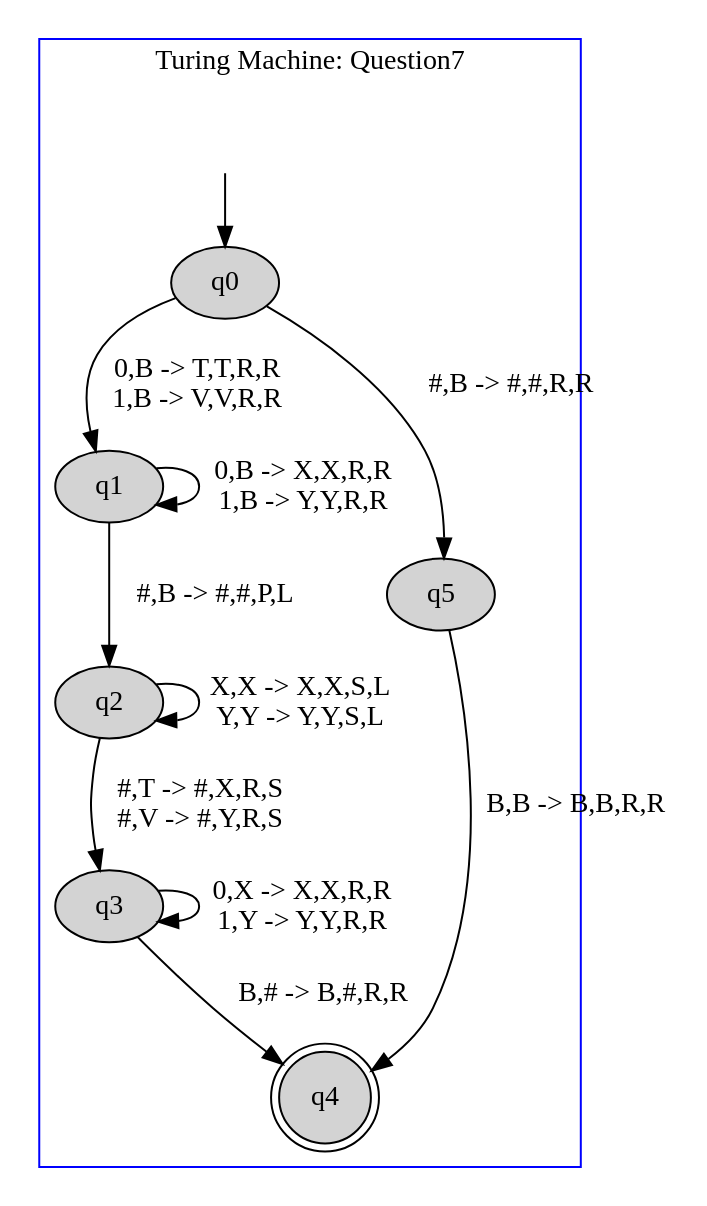
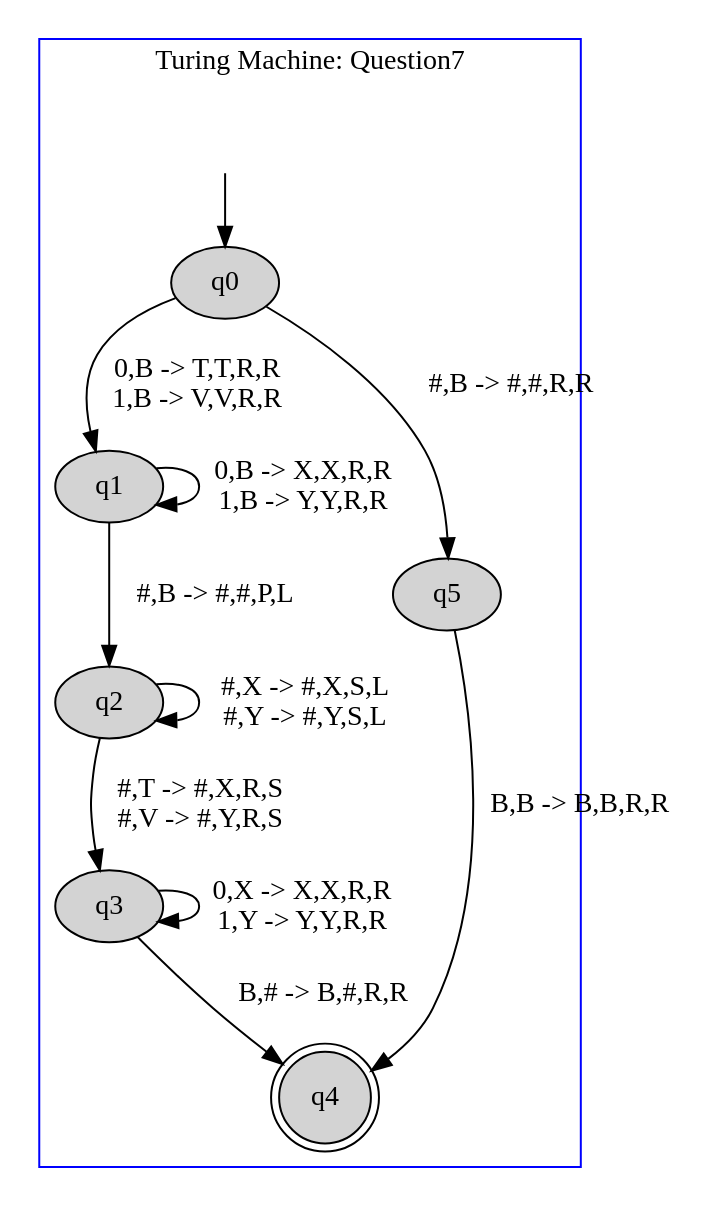
The diagram in TM2FITAS/images/file.dot (danielScLima/turing_machine_2_fitas), drawn with Graphviz before and after one commit. The commit also changed 22 other files, not shown here.

```diff
--- a/TM2FITAS/images/file.dot
+++ b/TM2FITAS/images/file.dot
@@ -1,29 +1,29 @@
 digraph G {
 	subgraph cluster_1 {
 		node [style=filled];
 		label = "Turing Machine: Question7"
 		color=blue;
 
 		q0;
 		q1;
 		q2;
 		q3;
 		q4 [shape="doublecircle"];
 		q5;
 		q0->q1[label="0,B -> T,T,R,R
 1,B -> V,V,R,R"];
 		q0->q5[label="#,B -> #,#,R,R"];
 		q1->q1[label="0,B -> X,X,R,R
 1,B -> Y,Y,R,R"];
 		q1->q2[label="#,B -> #,#,P,L"];
-		q2->q2[label="X,X -> X,X,S,L
-Y,Y -> Y,Y,S,L"];
+		q2->q2[label="#,X -> #,X,S,L
+#,Y -> #,Y,S,L"];
 		q2->q3[label="#,T -> #,X,R,S
 #,V -> #,Y,R,S"];
 		q3->q3[label="0,X -> X,X,R,R
 1,Y -> Y,Y,R,R"];
 		q3->q4[label="B,# -> B,#,R,R"];
 		q5->q4[label="B,B -> B,B,R,R"];
 x [color=white, label=""];		x->q0	}
 
 }
```
